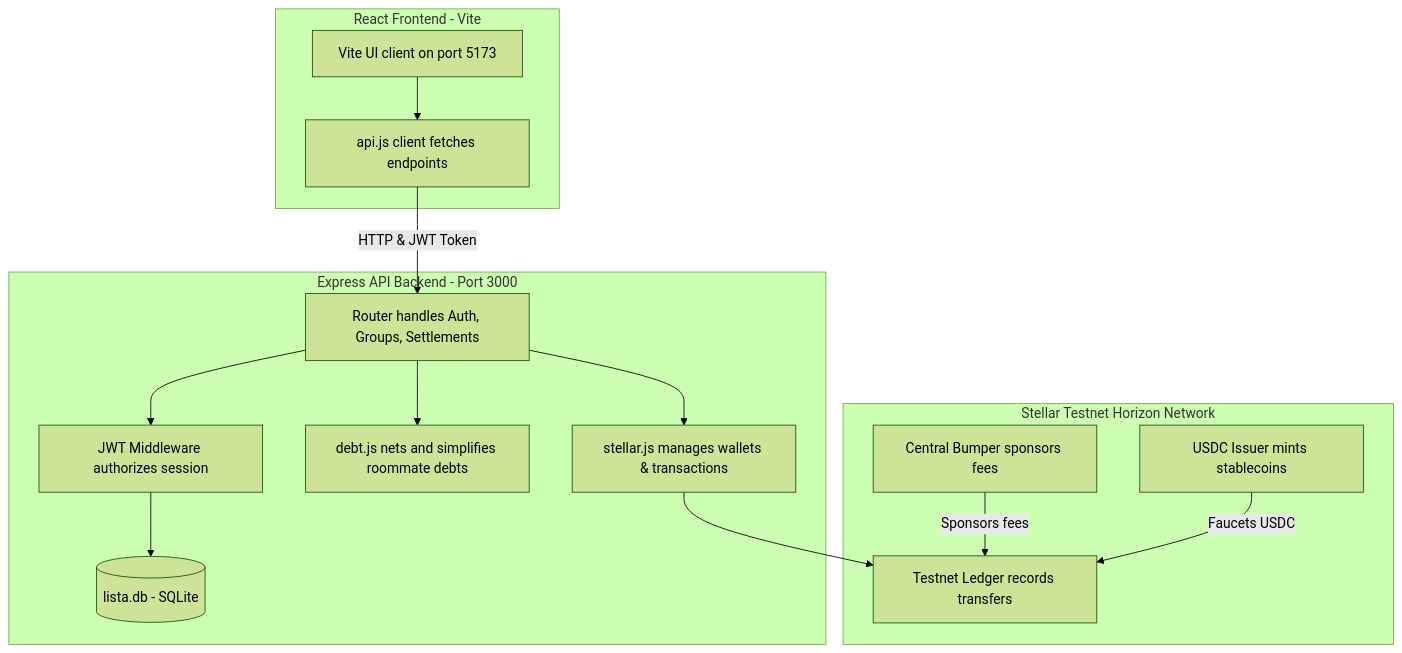
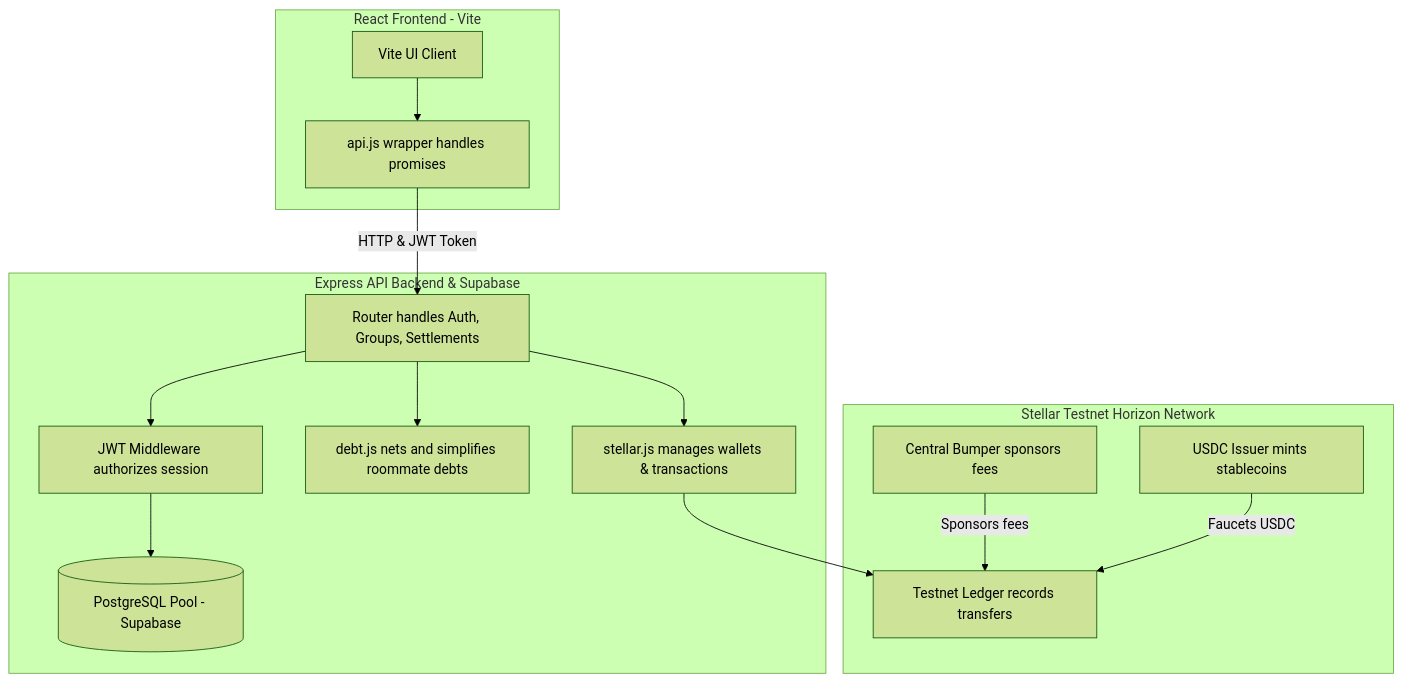
Before and after one commit to tantanrevidad/Hati: the diagram in README.md, drawn with Mermaid (forest theme). The commit also changed other lines of this file, not shown here.

````diff
--- a/README.md
+++ b/README.md
@@ -21,31 +65,31 @@
 ```mermaid
 flowchart TB
     subgraph Client [React Frontend - Vite]
-        UI[Vite UI client on port 5173]
-        APIClient[api.js client fetches endpoints]
+        UI[Vite UI Client]
+        APIClient[api.js wrapper handles promises]
     end
 
-    subgraph Service [Express API Backend - Port 3000]
+    subgraph Service [Express API Backend & Supabase]
         Router[Router handles Auth, Groups, Settlements]
         AuthGate[JWT Middleware authorizes session]
-        DB[(lista.db - SQLite)]
+        DB[(PostgreSQL Pool - Supabase)]
         Debt[debt.js nets and simplifies roommate debts]
         StellarSvc[stellar.js manages wallets & transactions]
     end
 
     subgraph Blockchain [Stellar Testnet Horizon Network]
         Bumper[Central Bumper sponsors fees]
         Issuer[USDC Issuer mints stablecoins]
         HorizonNode[Testnet Ledger records transfers]
     end
 
     UI --> APIClient
     APIClient -- HTTP & JWT Token --> Router
     Router --> AuthGate
     AuthGate --> DB
     Router --> Debt
     Router --> StellarSvc
     StellarSvc --> HorizonNode
     Bumper -- Sponsors fees --> HorizonNode
     Issuer -- Faucets USDC --> HorizonNode
 ```
````
